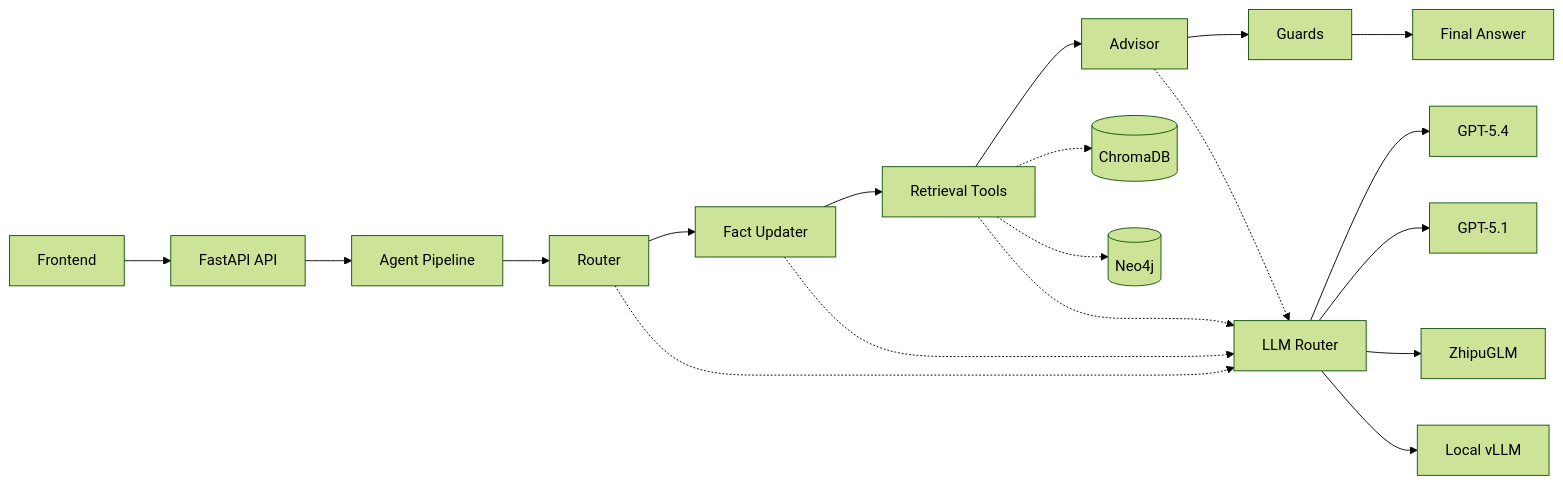
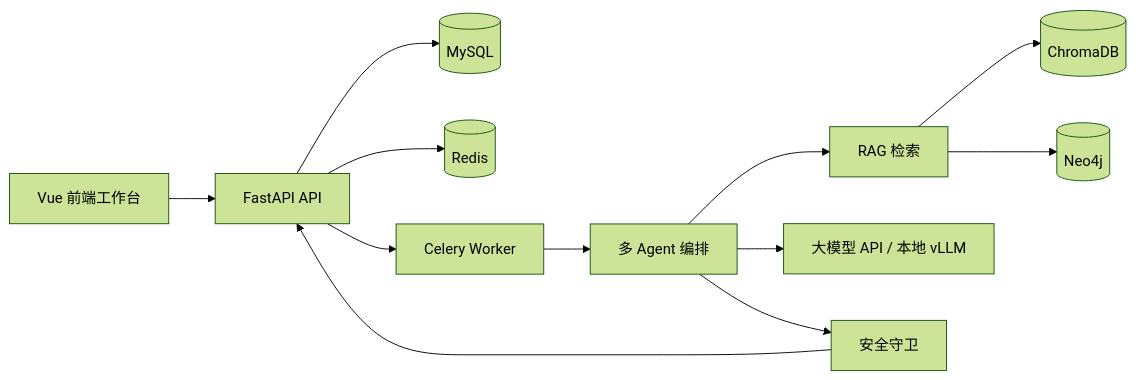
The diagram in README.md (lglg88241-gif/Legal_Agent_V3), drawn with Mermaid (forest theme) before and after one commit. The commit also changed other lines of this file, not shown here.

````diff
--- a/README.md
+++ b/README.md
@@ -27,24 +21,14 @@
 ```mermaid
 flowchart LR
-    UI[Frontend] --> API[FastAPI API]
-    API --> PIPE[Agent Pipeline]
-    PIPE --> ROUTER[Router]
-    ROUTER --> FACT[Fact Updater]
-    FACT --> RETR[Retrieval Tools]
-    RETR --> ADV[Advisor]
-    ADV --> GUARD[Guards]
-    GUARD --> OUT[Final Answer]
-
-    RETR -.-> CHROMA[(ChromaDB)]
-    RETR -.-> NEO[(Neo4j)]
-
-    ROUTER -.-> LLM[LLM Router]
-    FACT -.-> LLM
-    RETR -.-> LLM
-    ADV -.-> LLM
-
-    LLM --> GPT54[GPT-5.4]
-    LLM --> GPT51[GPT-5.1]
-    LLM --> ZHIPU[ZhipuGLM]
-    LLM --> VLLM[Local vLLM]
+    UI[Vue 前端工作台] --> API[FastAPI API]
+    API --> DB[(MySQL)]
+    API --> REDIS[(Redis)]
+    API --> CELERY[Celery Worker]
+    CELERY --> AGENT[多 Agent 编排]
+    AGENT --> RAG[RAG 检索]
+    RAG --> CHROMA[(ChromaDB)]
+    RAG --> NEO[(Neo4j)]
+    AGENT --> LLM[大模型 API / 本地 vLLM]
+    AGENT --> GUARD[安全守卫]
+    GUARD --> API
 ```
````
